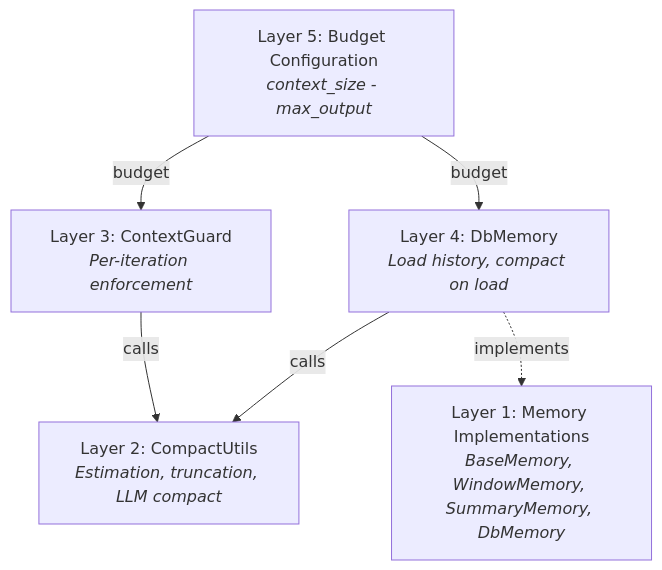
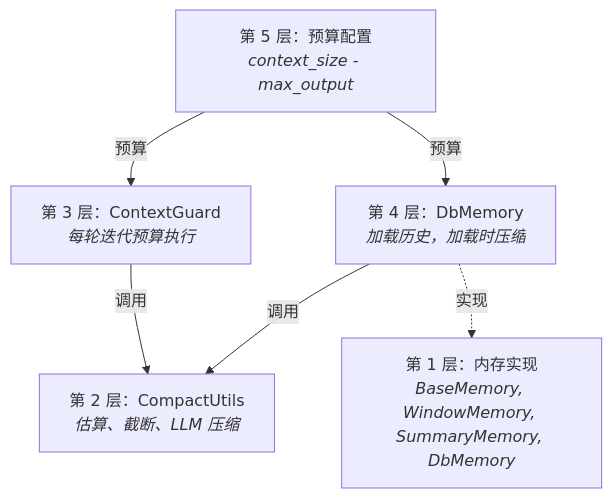
The first of 3 diagrams in docs/zh/architecture/context-management.mdx (fim-ai/fim-agent), drawn with Mermaid before and after one commit. The commit also changed other lines of this file, not shown here.

First line of the commit message:
docs: translate remaining English labels in Chinese context-management doc

````diff
--- a/docs/zh/architecture/context-management.mdx
+++ b/docs/zh/architecture/context-management.mdx
@@ -31,14 +31,14 @@
 ```mermaid
 flowchart TD
-    L5["Layer 5: Budget Configuration<br/><i>context_size - max_output</i>"]
-    L4["Layer 4: DbMemory<br/><i>Load history, compact on load</i>"]
-    L3["Layer 3: ContextGuard<br/><i>Per-iteration enforcement</i>"]
-    L2["Layer 2: CompactUtils<br/><i>Estimation, truncation, LLM compact</i>"]
-    L1["Layer 1: Memory Implementations<br/><i>BaseMemory, WindowMemory, SummaryMemory, DbMemory</i>"]
+    L5["第 5 层：预算配置<br/><i>context_size - max_output</i>"]
+    L4["第 4 层：DbMemory<br/><i>加载历史，加载时压缩</i>"]
+    L3["第 3 层：ContextGuard<br/><i>每轮迭代预算执行</i>"]
+    L2["第 2 层：CompactUtils<br/><i>估算、截断、LLM 压缩</i>"]
+    L1["第 1 层：内存实现<br/><i>BaseMemory, WindowMemory, SummaryMemory, DbMemory</i>"]
 
-    L5 -->|"budget"| L4
-    L5 -->|"budget"| L3
-    L4 -->|"calls"| L2
-    L3 -->|"calls"| L2
-    L4 -.->|"implements"| L1
+    L5 -->|"预算"| L4
+    L5 -->|"预算"| L3
+    L4 -->|"调用"| L2
+    L3 -->|"调用"| L2
+    L4 -.->|"实现"| L1
 ```
````
